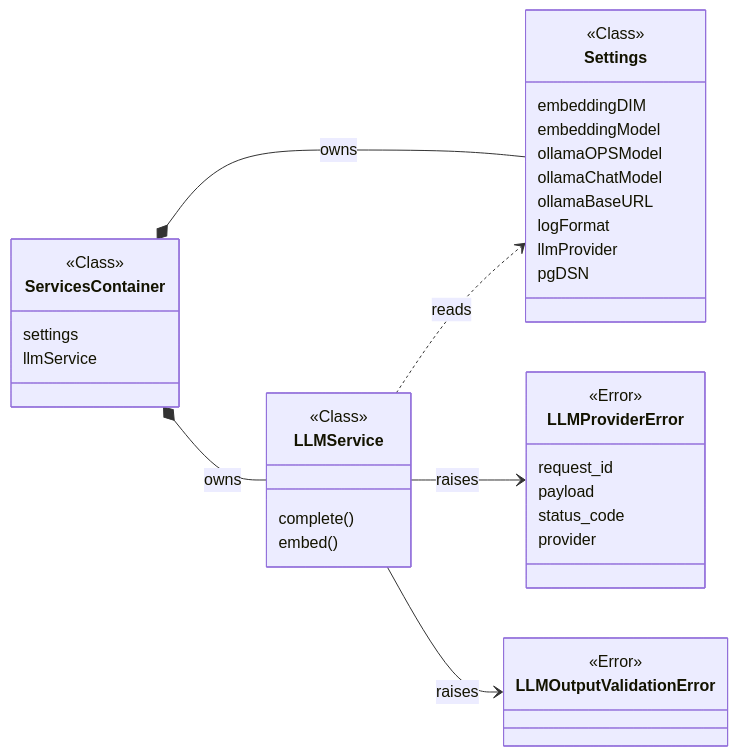
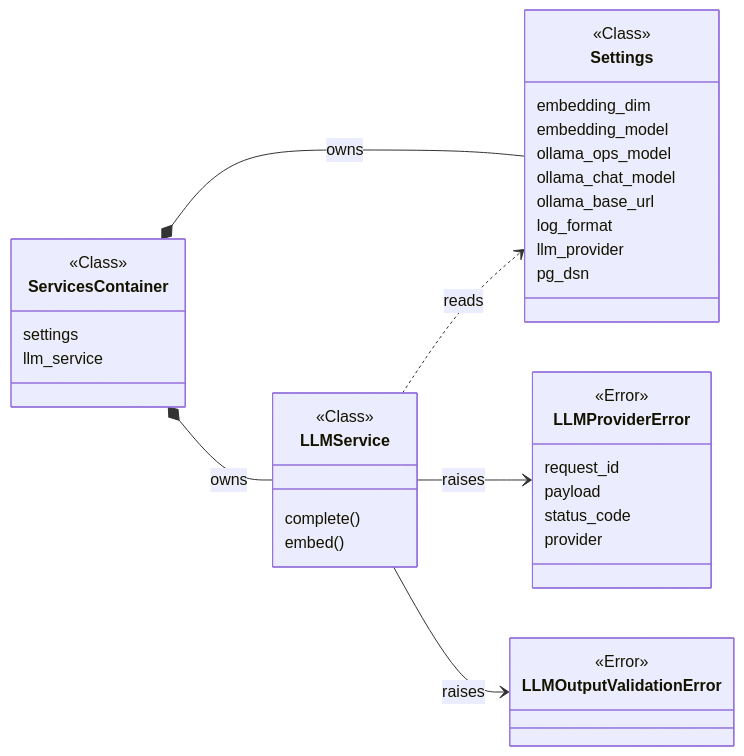
Before and after one commit to layneios/financial-agent-spdd: the diagram in .spdd_specs/tasks/Task_1_Foundations.trainee.md, drawn with Mermaid. The commit also changed other lines of this file, not shown here.

````diff
--- a/.spdd_specs/tasks/Task_1_Foundations.trainee.md
+++ b/.spdd_specs/tasks/Task_1_Foundations.trainee.md
@@ -120,46 +123,46 @@
 ```mermaid
 classDiagram
 direction LR
     class ServicesContainer {
 	    settings
-	    llmService
+	    llm_service
     }
 
     class Settings {
-	    embeddingDIM
-	    embeddingModel
-	    ollamaOPSModel
-	    ollamaChatModel
-	    ollamaBaseURL
-	    logFormat
-	    llmProvider
-	    pgDSN
+	    embedding_dim
+	    embedding_model
+	    ollama_ops_model
+	    ollama_chat_model
+	    ollama_base_url
+	    log_format
+	    llm_provider
+	    pg_dsn
     }
 
     class LLMService {
 	    complete()
 	    embed()
     }
 
     class LLMProviderError {
 	    request_id
 	    payload
 	    status_code
 	    provider
     }
 
     class LLMOutputValidationError {
     }
 
 	<<Class>> ServicesContainer
 	<<Class>> Settings
 	<<Class>> LLMService
 	<<Error>> LLMProviderError
 	<<Error>> LLMOutputValidationError
 
     ServicesContainer *-- Settings : owns
     ServicesContainer *-- LLMService : owns
     LLMService ..> Settings : reads
     LLMService --> LLMProviderError : raises
     LLMService --> LLMOutputValidationError : raises
 ```
````
